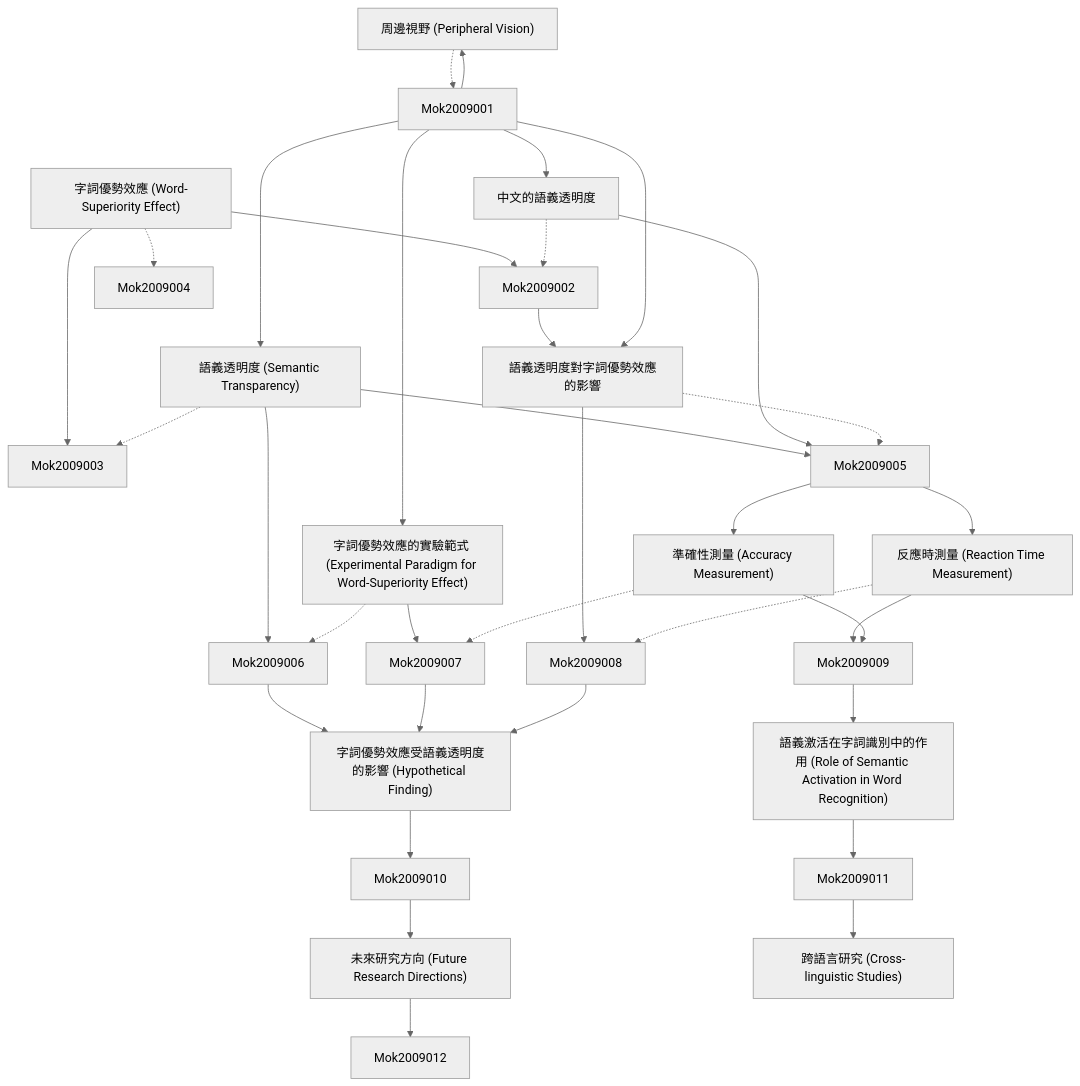
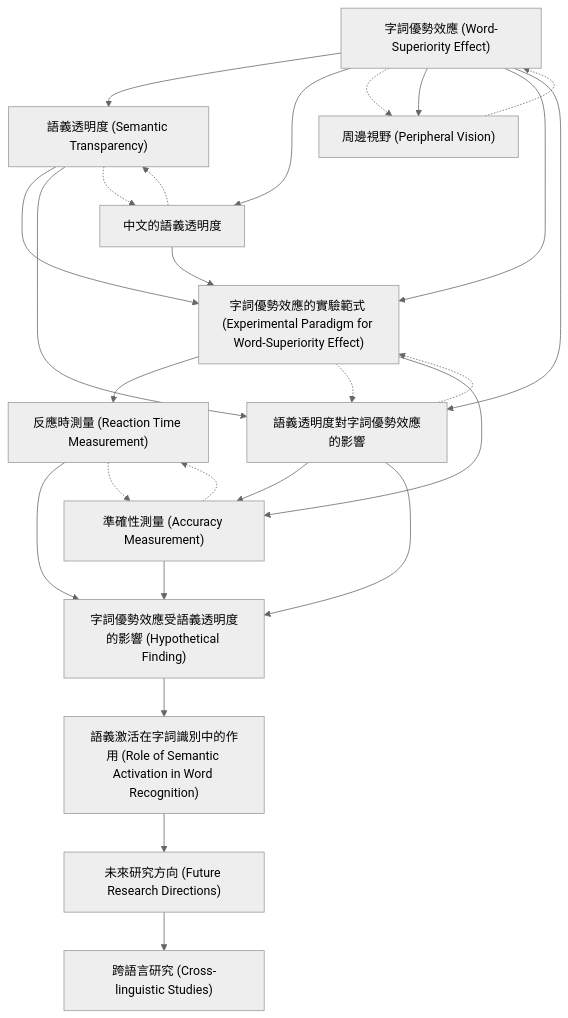
Before and after one commit to SCgeeker/Claude_Journal_Club_Agents: the diagram in output/zettelkasten_notes/zettel_Mok-2009_20251104/zettel_index.md, drawn with Mermaid (neutral theme). The commit also changed 776 other files, not shown here.

````diff
--- a/output/zettelkasten_notes/zettel_Mok-2009_20251104/zettel_index.md
+++ b/output/zettelkasten_notes/zettel_Mok-2009_20251104/zettel_index.md
@@ -116,72 +116,61 @@
 
     Mok-2009-012["跨語言研究 (Cross-linguistic Studies)"]
 
-    Mok-2009-001 --> Mok2009002
+    Mok-2009-001 --> Mok-2009-002
 
-    Mok-2009-001 --> Mok2009003
+    Mok-2009-001 --> Mok-2009-003
 
-    Mok-2009-001 -.-> Mok2009004
+    Mok-2009-001 -.-> Mok-2009-004
 
-    Mok2009001 --> Mok-2009-002
 
-    Mok-2009-002 --> Mok2009005
+    Mok-2009-002 --> Mok-2009-005
 
-    Mok-2009-002 --> Mok2009006
+    Mok-2009-002 --> Mok-2009-006
 
-    Mok-2009-002 -.-> Mok2009003
+    Mok-2009-002 -.-> Mok-2009-003
 
-    Mok2009001 --> Mok-2009-003
 
-    Mok-2009-003 --> Mok2009005
+    Mok-2009-003 --> Mok-2009-005
 
-    Mok-2009-003 -.-> Mok2009002
+    Mok-2009-003 -.-> Mok-2009-002
 
-    Mok2009001 --> Mok-2009-004
+    Mok-2009-001 --> Mok-2009-004
 
-    Mok-2009-004 -.-> Mok2009001
+    Mok-2009-004 -.-> Mok-2009-001
 
-    Mok2009001 --> Mok-2009-005
+    Mok-2009-001 --> Mok-2009-005
 
-    Mok-2009-005 --> Mok2009007
+    Mok-2009-005 --> Mok-2009-007
 
-    Mok-2009-005 -.-> Mok2009006
+    Mok-2009-005 -.-> Mok-2009-006
 
-    Mok2009002 --> Mok-2009-006
 
-    Mok2009001 --> Mok-2009-006
+    Mok-2009-001 --> Mok-2009-006
 
-    Mok-2009-006 --> Mok2009008
+    Mok-2009-006 --> Mok-2009-008
 
-    Mok-2009-006 -.-> Mok2009005
+    Mok-2009-006 -.-> Mok-2009-005
 
-    Mok2009005 --> Mok-2009-007
 
-    Mok-2009-007 --> Mok2009009
+    Mok-2009-007 --> Mok-2009-009
 
-    Mok-2009-007 -.-> Mok2009008
+    Mok-2009-007 -.-> Mok-2009-008
 
-    Mok2009005 --> Mok-2009-008
+    Mok-2009-005 --> Mok-2009-008
 
-    Mok-2009-008 --> Mok2009009
+    Mok-2009-008 --> Mok-2009-009
 
-    Mok-2009-008 -.-> Mok2009007
+    Mok-2009-008 -.-> Mok-2009-007
 
-    Mok2009006 --> Mok-2009-009
+    Mok-2009-006 --> Mok-2009-009
 
-    Mok2009007 --> Mok-2009-009
+    Mok-2009-009 --> Mok-2009-010
 
-    Mok2009008 --> Mok-2009-009
 
-    Mok-2009-009 --> Mok2009010
+    Mok-2009-010 --> Mok-2009-011
 
-    Mok2009009 --> Mok-2009-010
 
-    Mok-2009-010 --> Mok2009011
+    Mok-2009-011 --> Mok-2009-012
 
-    Mok2009010 --> Mok-2009-011
-
-    Mok-2009-011 --> Mok2009012
-
-    Mok2009011 --> Mok-2009-012
 
 ```
````
